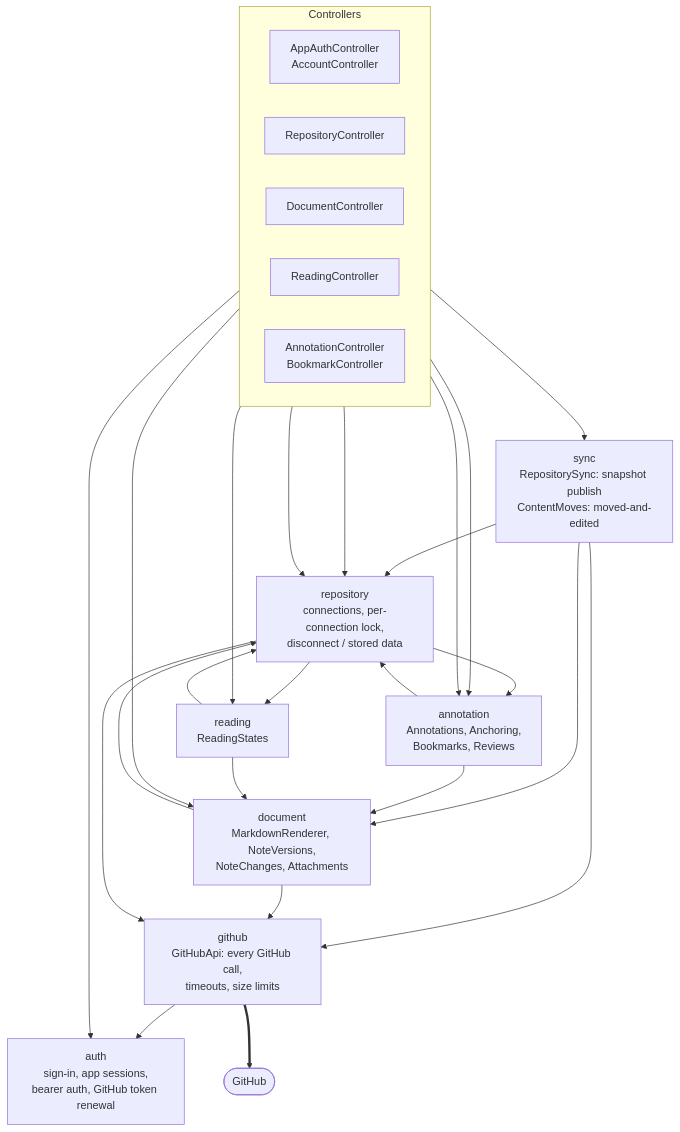
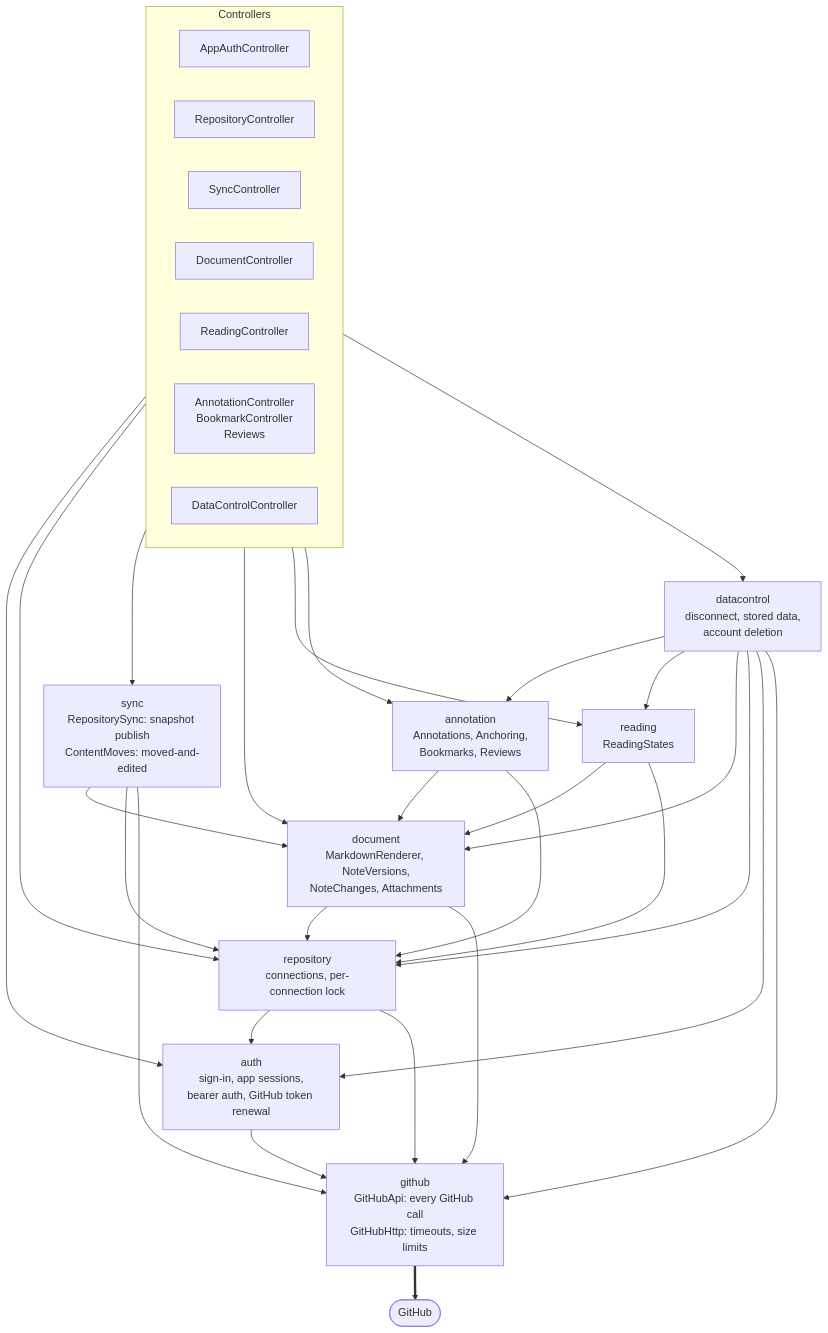
The third of 12 diagrams in docs/architecture.md (jaxwong/reporead), drawn with Mermaid before and after one commit. The commit also changed other lines of this file and 17 other files, not shown here.

````diff
--- a/docs/architecture.md
+++ b/docs/architecture.md
@@ -95,44 +95,51 @@
 ```mermaid
 flowchart TB
     subgraph HTTP["Controllers"]
         direction LR
-        AuthC["AppAuthController<br/>AccountController"]
+        AuthC["AppAuthController"]
         RepoC["RepositoryController"]
+        SyncC["SyncController"]
         DocC["DocumentController"]
         ReadC["ReadingController"]
-        AnnC["AnnotationController<br/>BookmarkController"]
+        AnnC["AnnotationController<br/>BookmarkController<br/>Reviews"]
+        DataC["DataControlController"]
     end
 
+    datacontrol["datacontrol<br/>disconnect, stored data,<br/>account deletion"]
+    sync["sync<br/>RepositorySync: snapshot publish<br/>ContentMoves: moved-and-edited"]
+    annotation["annotation<br/>Annotations, Anchoring,<br/>Bookmarks, Reviews"]
+    reading["reading<br/>ReadingStates"]
+    document["document<br/>MarkdownRenderer, NoteVersions,<br/>NoteChanges, Attachments"]
+    repository["repository<br/>connections, per-connection lock"]
     auth["auth<br/>sign-in, app sessions,<br/>bearer auth, GitHub token renewal"]
-    github["github<br/>GitHubApi: every GitHub call,<br/>timeouts, size limits"]
-    repository["repository<br/>connections, per-connection lock,<br/>disconnect / stored data"]
-    sync["sync<br/>RepositorySync: snapshot publish<br/>ContentMoves: moved-and-edited"]
-    document["document<br/>MarkdownRenderer, NoteVersions,<br/>NoteChanges, Attachments"]
-    reading["reading<br/>ReadingStates"]
-    annotation["annotation<br/>Annotations, Anchoring,<br/>Bookmarks, Reviews"]
+    github["github<br/>GitHubApi: every GitHub call<br/>GitHubHttp: timeouts, size limits"]
 
     AuthC --> auth
-    AuthC --> repository
-    AuthC --> annotation
     RepoC --> repository
-    RepoC --> sync
+    SyncC --> sync
     DocC --> document
     ReadC --> reading
     AnnC --> annotation
+    DataC --> datacontrol
 
+    datacontrol --> annotation
+    datacontrol --> reading
+    datacontrol --> document
+    datacontrol --> repository
+    datacontrol --> auth
+    datacontrol --> github
     sync --> document
     sync --> repository
     sync --> github
-    document --> github
-    document --> repository
     annotation --> document
     annotation --> repository
     reading --> document
     reading --> repository
+    document --> repository
+    document --> github
+    repository --> auth
     repository --> github
-    repository --> annotation
-    repository --> reading
-    github --> auth
+    auth --> github
 
     github ==> GH(["GitHub"])
 ```
````
